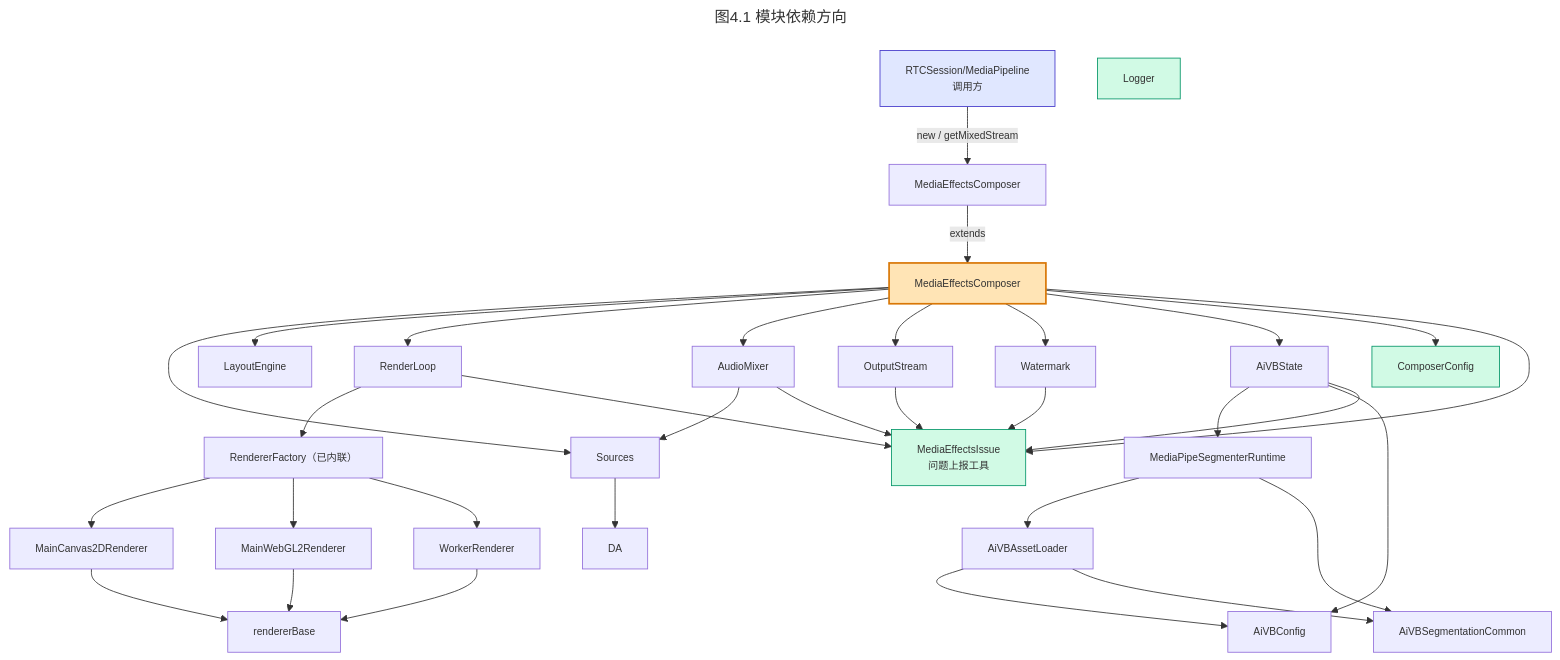
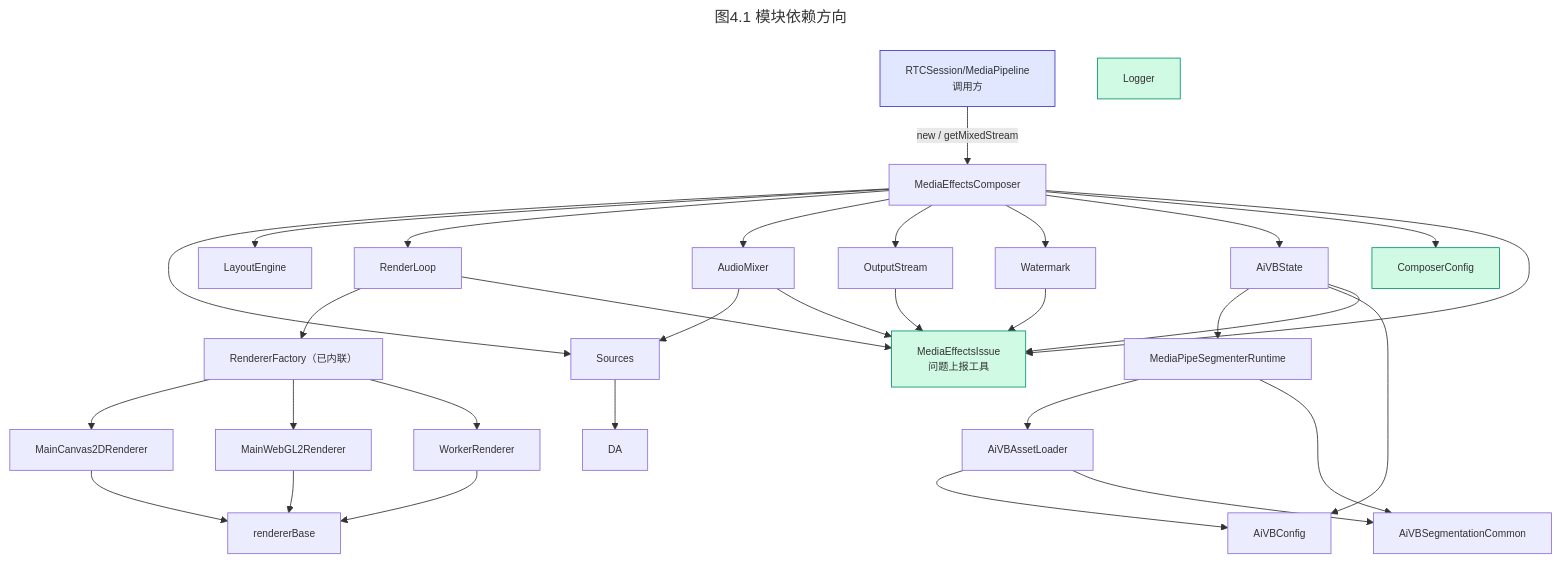
Before and after one commit to lei40251/JsSIP: the third of 19 diagrams in docs/MediaEffectsComposer-学习手册.md, drawn with Mermaid. The commit also changed other lines of this file and 12 other files, not shown here.

```diff
--- a/docs/MediaEffectsComposer-学习手册.md
+++ b/docs/MediaEffectsComposer-学习手册.md
@@ -195,9 +194,8 @@
     %% 外部
     EXT["RTCSession/MediaPipeline<br/>调用方"]
 
-    %% 门面
+    %% 主类
     MEC["MediaEffectsComposer"]
-    CRT["MediaEffectsComposer"]
     CFG["ComposerConfig"]
     ISS["MediaEffectsIssue<br/>问题上报工具"]
     LOG["Logger"]
@@ -225,17 +223,16 @@
     SC["AiVBSegmentationCommon"]
 
     EXT -->|"new / getMixedStream"| MEC
-    MEC -->|"extends"| CRT
 
-    CRT --> SS
-    CRT --> LE
-    CRT --> RL
-    CRT --> AM
-    CRT --> OM
-    CRT --> WM
-    CRT --> AVB
-    CRT --> CFG
-    CRT --> ISS
+    MEC --> SS
+    MEC --> LE
+    MEC --> RL
+    MEC --> AM
+    MEC --> OM
+    MEC --> WM
+    MEC --> AVB
+    MEC --> CFG
+    MEC --> ISS
 
     RL --> RF
     RF --> M2D
```
